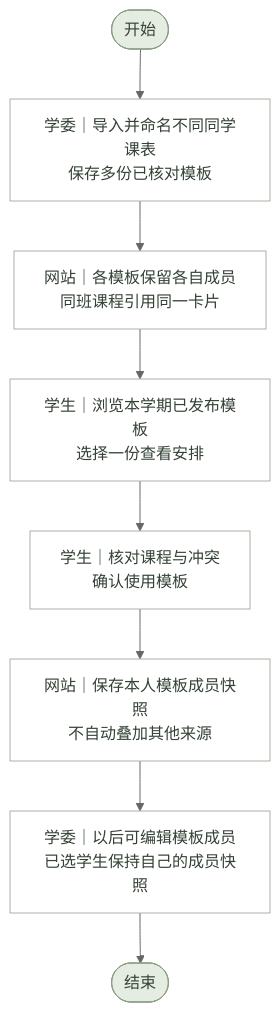
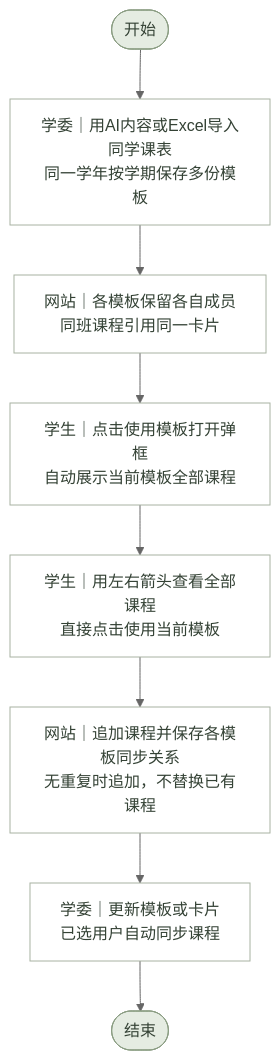
One commit to lichen-lc123/class-assistant changed the diagram in 需求文档/课表功能/流程图源文件/业务流程图/管理员模板与用户选择.mmd. Above: the diagram before and after it, drawn with Mermaid (neutral theme). The commit also changed 101 other files, not shown here.

```diff
--- a/需求文档/课表功能/流程图源文件/业务流程图/管理员模板与用户选择.mmd
+++ b/需求文档/课表功能/流程图源文件/业务流程图/管理员模板与用户选择.mmd
@@ -1,30 +1,30 @@
 %% 管理员模板与用户选择 · 业务流程图 · V1.0 · 2026-11-02
 flowchart TD
     N0(["开始"])
-    N1["学委｜导入并命名不同同学课表<br/>保存多份已核对模板"]
+    N1["学委｜用AI内容或Excel导入同学课表<br/>同一学年按学期保存多份模板"]
     N2["网站｜各模板保留各自成员<br/>同班课程引用同一卡片"]
-    N3["学生｜浏览本学期已发布模板<br/>选择一份查看安排"]
-    N4["学生｜核对课程与冲突<br/>确认使用模板"]
-    N5["网站｜保存本人模板成员快照<br/>不自动叠加其他来源"]
-    N6["学委｜以后可编辑模板成员<br/>已选学生保持自己的成员快照"]
+    N3["学生｜点击使用模板打开弹框<br/>自动展示当前模板全部课程"]
+    N4["学生｜用左右箭头查看全部课程<br/>直接点击使用当前模板"]
+    N5["网站｜追加课程并保存各模板同步关系<br/>无重复时追加，不替换已有课程"]
+    N6["学委｜更新模板或卡片<br/>已选用户自动同步课程"]
     N7(["结束"])
     N0 --> N1
     N1 --> N2
     N2 --> N3
     N3 --> N4
     N4 --> N5
     N5 --> N6
     N6 --> N7
     classDef normal fill:#FFFFFF,stroke:#A8B2A2,color:#344235;
     classDef decision fill:#F0ECE2,stroke:#A69B83,color:#344235;
     classDef terminal fill:#E5ECE2,stroke:#8A9D82,color:#344235;
     classDef exception fill:#F2EAE6,stroke:#B09B91,color:#344235;
     classDef database fill:#E7EDF0,stroke:#8A9CA6,color:#344235;
     class N0 terminal;
     class N1 normal;
     class N2 normal;
     class N3 normal;
     class N4 normal;
     class N5 normal;
     class N6 normal;
     class N7 terminal;
```
